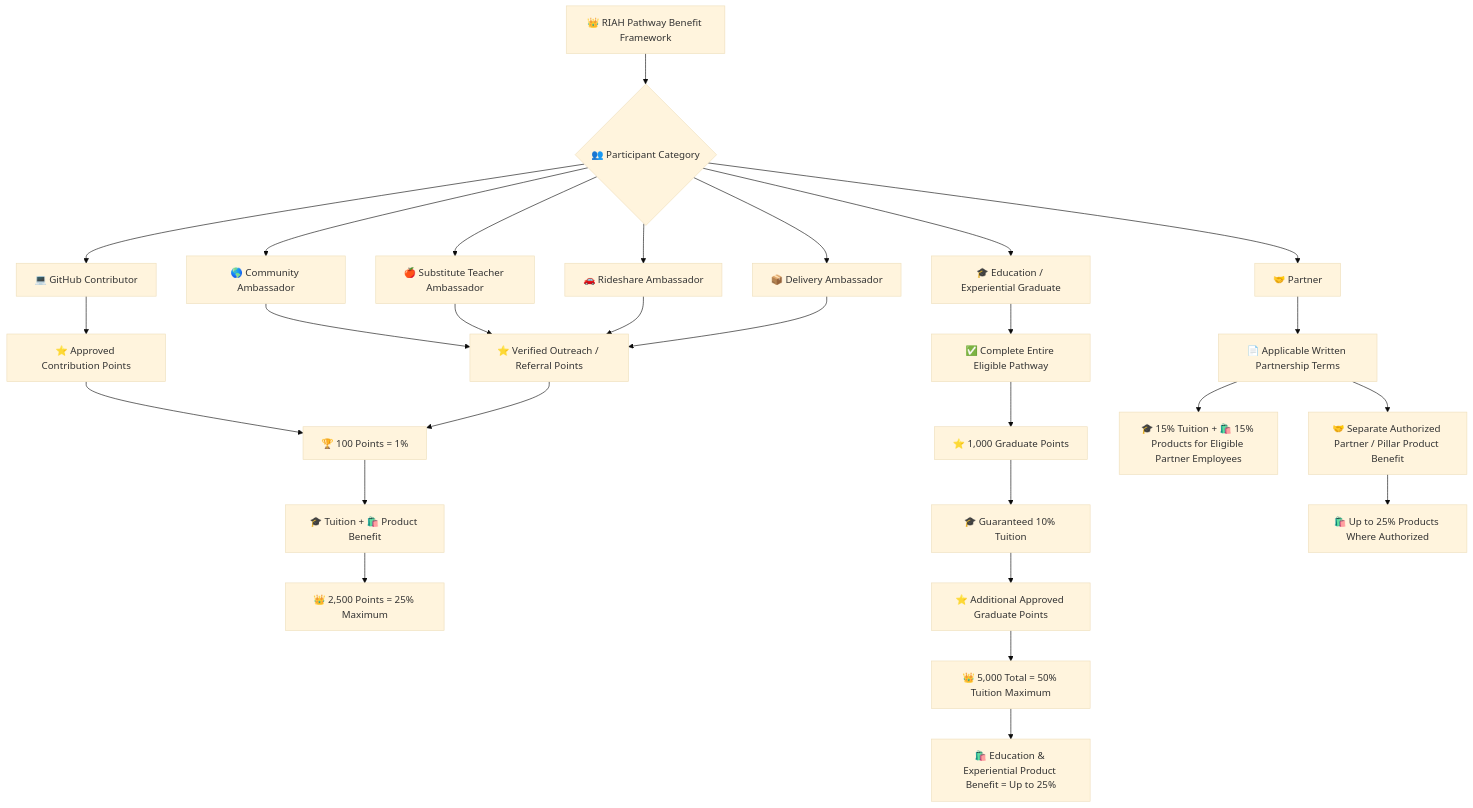
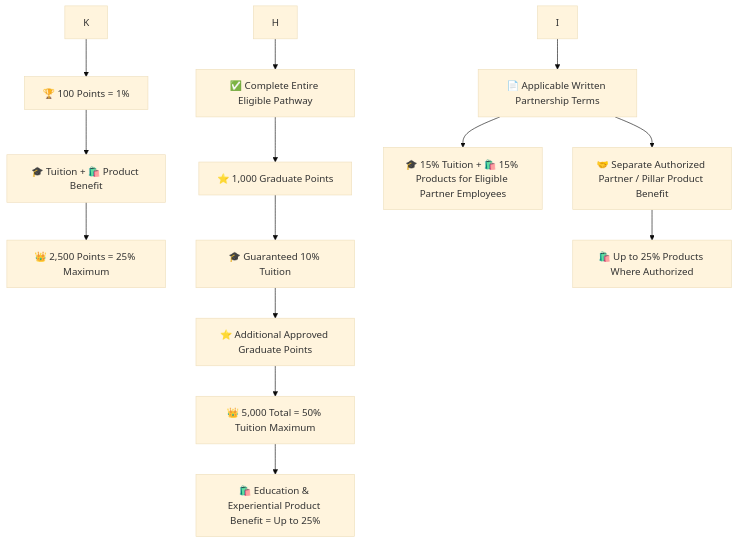
The third of 3 diagrams in Contributor-Benefits/README.md (RIAHPathway/Website), drawn with Mermaid (base theme) before and after one commit.

Commit message:
Split oversized Mermaid flows for readability

````diff
--- a/Contributor-Benefits/README.md
+++ b/Contributor-Benefits/README.md
@@ -109,30 +131,17 @@
 ```mermaid
 flowchart TB
-A["👑 RIAH Pathway Benefit Framework"] --> B{"👥 Participant Category"}
-B --> C["💻 GitHub Contributor"]
-B --> D["🌎 Community Ambassador"]
-B --> E["🍎 Substitute Teacher Ambassador"]
-B --> F["🚗 Rideshare Ambassador"]
-B --> G["📦 Delivery Ambassador"]
-B --> H["🎓 Education / Experiential Graduate"]
-B --> I["🤝 Partner"]
-C --> J["⭐ Approved Contribution Points"]
-D --> K["⭐ Verified Outreach / Referral Points"]
-E --> K
-F --> K
-G --> K
-J --> L["🏆 100 Points = 1%"]
+L["🏆 100 Points = 1%"]
 K --> L
 L --> M["🎓 Tuition + 🛍️ Product Benefit"]
 M --> N["👑 2,500 Points = 25% Maximum"]
 H --> O["✅ Complete Entire Eligible Pathway"]
 O --> P["⭐ 1,000 Graduate Points"]
 P --> Q["🎓 Guaranteed 10% Tuition"]
 Q --> R["⭐ Additional Approved Graduate Points"]
 R --> S["👑 5,000 Total = 50% Tuition Maximum"]
 S --> T["🛍️ Education & Experiential Product Benefit = Up to 25%"]
 I --> U["📄 Applicable Written Partnership Terms"]
 U --> V["🎓 15% Tuition + 🛍️ 15% Products for Eligible Partner Employees"]
 U --> W["🤝 Separate Authorized Partner / Pillar Product Benefit"]
 W --> X["🛍️ Up to 25% Products Where Authorized"]
 ```
````
